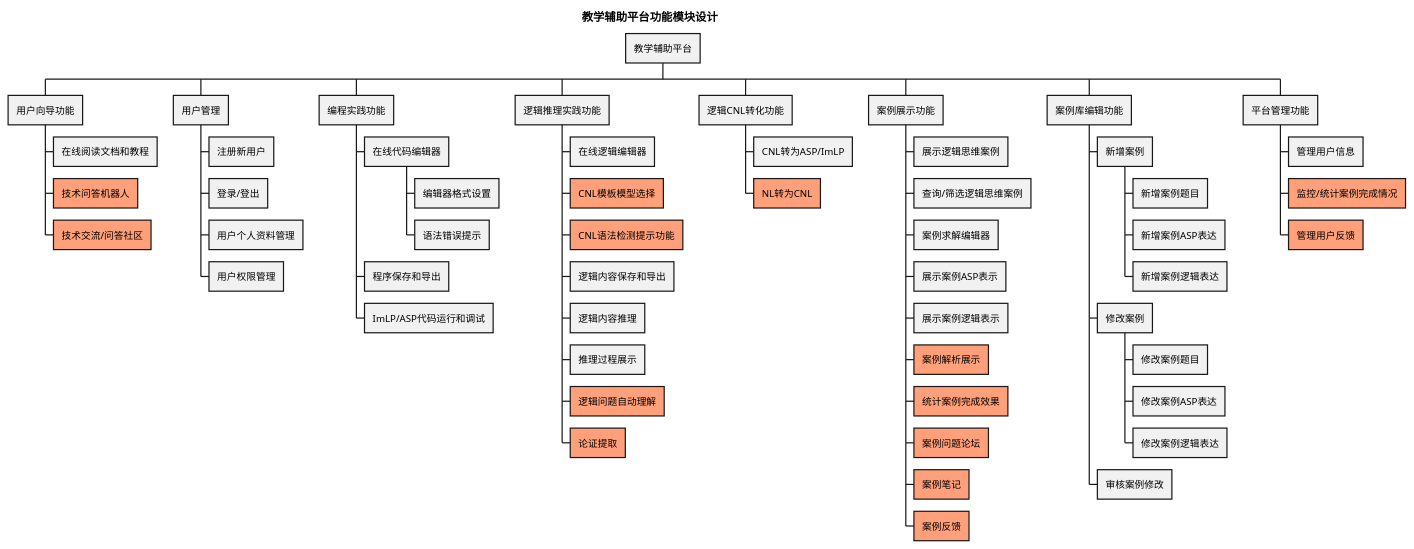
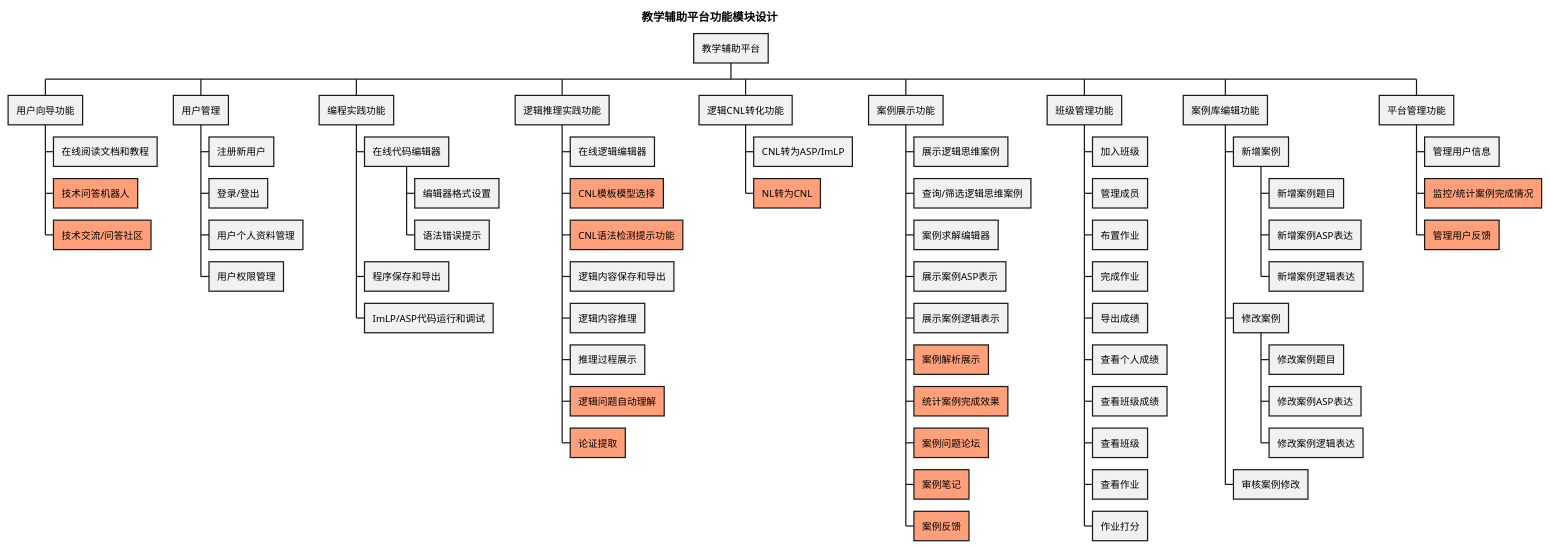
The first of 4 diagrams in platform-design/design-docs/my-software-design.wsd (reaLJR/Logical-thinking-and-programming), drawn with PlantUML before and after one commit. The commit also changed other lines of this file and 26 other files, not shown here.

```diff
--- a/platform-design/design-docs/my-software-design.wsd
+++ b/platform-design/design-docs/my-software-design.wsd
@@ -1,104 +1,116 @@
 @startwbs 功能模块设计
 title "教学辅助平台功能模块设计"
 ' 提供教学辅助平台，展示逻辑思维案例，提供编辑界面，程序提交、保存、运行
 ' 设计和实现符合逻辑思维编程语言：友好易于使用，体现不同逻辑思维模式
 ' 学生使用受控自然语言（CNL），系统将其转化成ASP等逻辑语言并运行得到答案
 ' 建立逻辑思维案例库，训练学生逻辑思维，设计算法将其自动转为逻辑程序
 ' 逻辑问题自动理解和求解（机器阅读）， 构建不同思维模式算法模型
 
 ' 构建教研平台，实现如下功能:
 ' 1、基于 ASP、ImLP语言的问题定义提交和运行测试、调试
 ' 2、基于 ImLP/ASP 的定义、演绎、溯因、归纳等思维模式的构建和友好编程界面，以及说明(需要定义 ASP/ImLP的更贴近自然的逻辑的语言的语言，需要花大量时间)
 ' 3、调研并进行案例库建设:思维游戏、考公逻辑推理题目、医学逻辑题目、法律逻辑题目、SAT题目、……，给出原题、分类标签、结果、求解的思维过程、大模型测试结果、增删改查、可视化
 ' 4、学生自建案例的增删改查
 
 + 教学辅助平台
 ++ 用户向导功能
 +++ 在线阅读文档和教程
 +++[#LightSalmon] 技术问答机器人
 +++[#LightSalmon] 技术交流/问答社区
 
 ++ 用户管理
 +++ 注册新用户
 +++ 登录/登出
 +++ 用户个人资料管理
 +++ 用户权限管理
 
 ++ 编程实践功能
 +++ 在线代码编辑器
 ++++ 编辑器格式设置
 ++++ 语法错误提示
 +++ 程序保存和导出
 +++ ImLP/ASP代码运行和调试
 
 
 ++ 逻辑推理实践功能
 +++ 在线逻辑编辑器
 +++[#LightSalmon] CNL模板模型选择
 +++[#LightSalmon] CNL语法检测提示功能
 +++ 逻辑内容保存和导出
 +++ 逻辑内容推理
 +++ 推理过程展示
 +++[#LightSalmon] 逻辑问题自动理解
 +++[#LightSalmon] 论证提取
 
 ++ 逻辑CNL转化功能
 +++ CNL转为ASP/ImLP
 +++[#LightSalmon] NL转为CNL
 
 ++ 案例展示功能
 +++ 展示逻辑思维案例
 +++ 查询/筛选逻辑思维案例
 +++ 案例求解编辑器
 +++ 展示案例ASP表示
 +++ 展示案例逻辑表示
 +++[#LightSalmon] 案例解析展示
 +++[#LightSalmon] 统计案例完成效果
 +++[#LightSalmon] 案例问题论坛
 +++[#LightSalmon] 案例笔记
 +++[#LightSalmon] 案例反馈
 
+++ 班级管理功能
++++ 加入班级
++++ 管理成员
++++ 布置作业
++++ 完成作业
++++ 导出成绩
++++ 查看个人成绩
++++ 查看班级成绩
++++ 查看班级
++++ 查看作业
++++ 作业打分
+
 ++ 案例库编辑功能
 +++ 新增案例
 ++++ 新增案例题目
 ++++ 新增案例ASP表达
 ++++ 新增案例逻辑表达
 +++ 修改案例
 ++++ 修改案例题目
 ++++ 修改案例ASP表达
 ++++ 修改案例逻辑表达
 +++ 审核案例修改
 
 ++ 平台管理功能
 +++ 管理用户信息
 +++[#LightSalmon] 监控/统计案例完成情况
 +++[#LightSalmon] 管理用户反馈
 
 ' caseCoder -> programCoder
 
 ' ++ 课程管理
 ' +++ 创建新课程
 ' +++ 编辑和更新课程信息
 ' +++ 课程分类和标签
 ' +++ 课程搜索和过滤
 ' +++ 课程评价和评论
 
 ' ++ 学习资源管理
 ' +++ 上传和共享学习资料
 ' +++ 下载和保存学习资料
 ' +++ 在线阅读文档和教程
 ' +++ 视频教程和演示
 
 ' ++ 社区互动功能
 ' +++ 讨论论坛和社交平台
 ' +++ 用户间私信和通知
 ' +++ 问答功能和知识共享
 ' +++ 点赞和收藏功能
 
 ' ++ 学习进度和成绩管理功能
 ' +++ 课程学习进度跟踪
 ' +++ 学习计划和提醒功能
 ' +++ 作业和考试成绩管理
 ' +++ 学习证书和徽章颁发
 
 @endwbs
```
